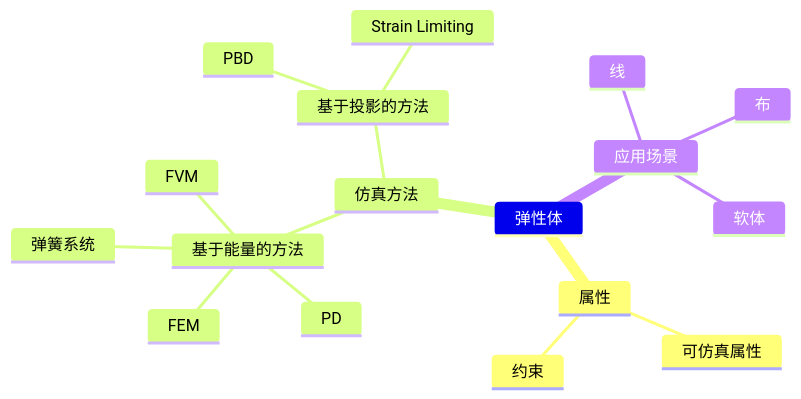
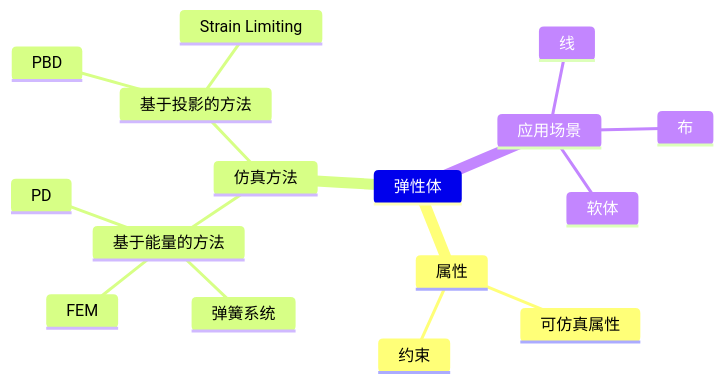
One commit to CaterpillarStudyGroup/GAMES103_mdbook changed the diagram in src/Elastic/Elastic.md. Above: the diagram before and after it, drawn with Mermaid. The commit also changed 1 other file, not shown here.

````diff
--- a/src/Elastic/Elastic.md
+++ b/src/Elastic/Elastic.md
@@ -1,20 +1,19 @@
 ```mermaid
 mindmap
 弹性体
     属性
         可仿真属性
         约束
     仿真方法
         基于能量的方法
             弹簧系统
             PD
-            FVM
             FEM
         基于投影的方法
             PBD
             Strain Limiting
     应用场景
         线
         布
         软体
 ```
````
